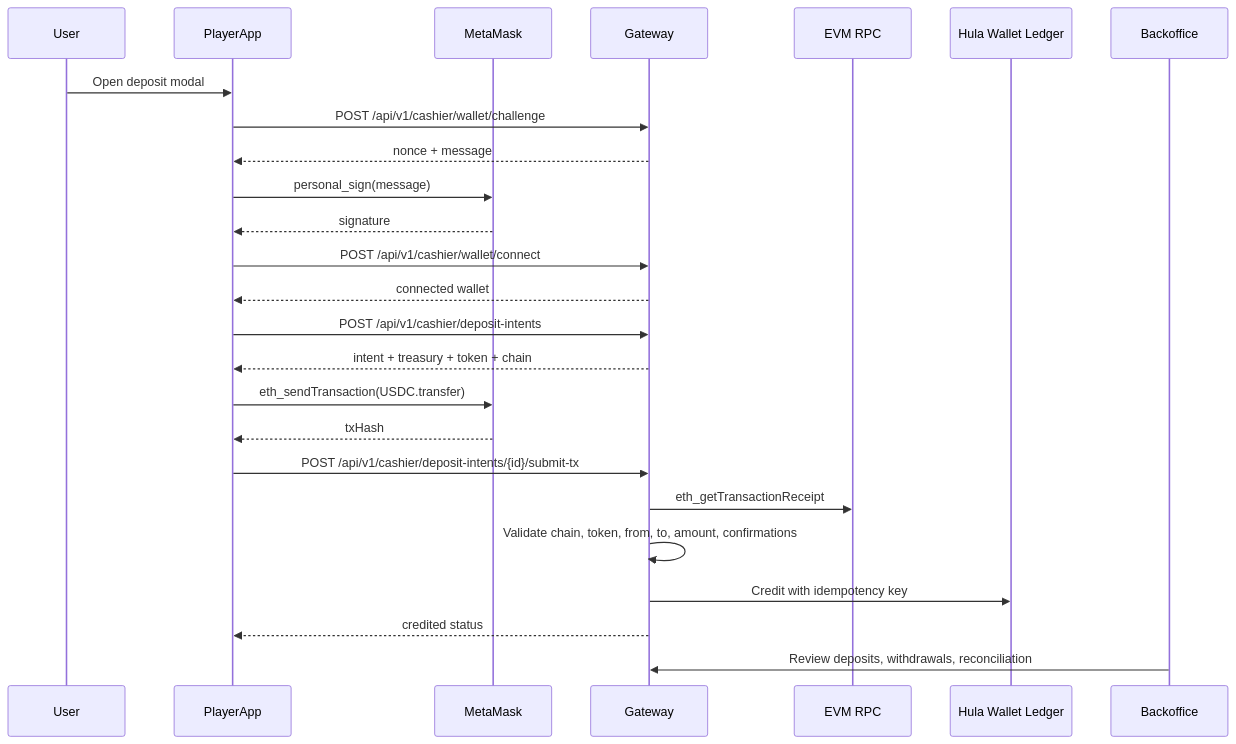
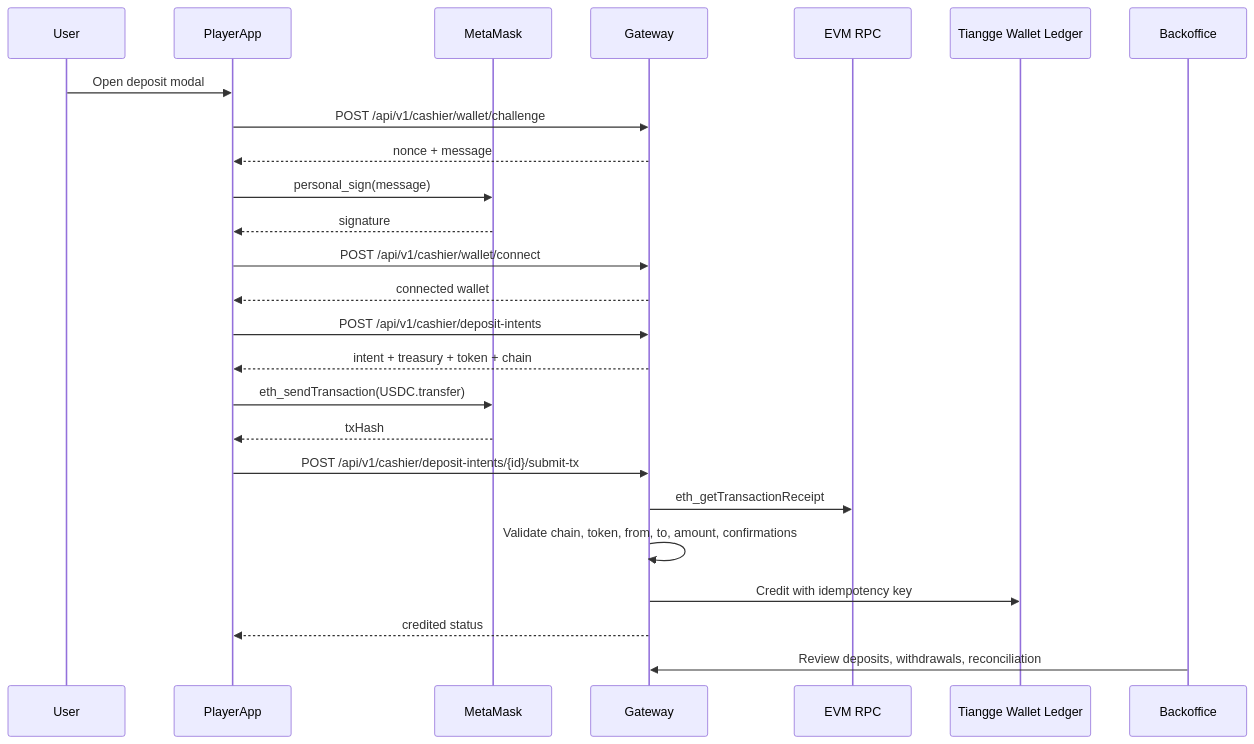
One commit to jbrackens/TAYA_NA changed the diagram in docs/cashier/CUSTODIAL_USDC_ALPHA_PLAN.md. Above: the diagram before and after it, drawn with Mermaid. The commit also changed other lines of this file and 107 other files, not shown here.

````diff
--- a/docs/cashier/CUSTODIAL_USDC_ALPHA_PLAN.md
+++ b/docs/cashier/CUSTODIAL_USDC_ALPHA_PLAN.md
@@ -163,28 +163,28 @@
 ```mermaid
 sequenceDiagram
     participant User
     participant PlayerApp
     participant MetaMask
     participant Gateway
     participant EVMRPC as EVM RPC
-    participant WalletLedger as Hula Wallet Ledger
+    participant WalletLedger as Tiangge Wallet Ledger
     participant Backoffice
 
     User->>PlayerApp: Open deposit modal
     PlayerApp->>Gateway: POST /api/v1/cashier/wallet/challenge
     Gateway-->>PlayerApp: nonce + message
     PlayerApp->>MetaMask: personal_sign(message)
     MetaMask-->>PlayerApp: signature
     PlayerApp->>Gateway: POST /api/v1/cashier/wallet/connect
     Gateway-->>PlayerApp: connected wallet
     PlayerApp->>Gateway: POST /api/v1/cashier/deposit-intents
     Gateway-->>PlayerApp: intent + treasury + token + chain
     PlayerApp->>MetaMask: eth_sendTransaction(USDC.transfer)
     MetaMask-->>PlayerApp: txHash
     PlayerApp->>Gateway: POST /api/v1/cashier/deposit-intents/{id}/submit-tx
     Gateway->>EVMRPC: eth_getTransactionReceipt
     Gateway->>Gateway: Validate chain, token, from, to, amount, confirmations
     Gateway->>WalletLedger: Credit with idempotency key
     Gateway-->>PlayerApp: credited status
     Backoffice->>Gateway: Review deposits, withdrawals, reconciliation
 ```
````
